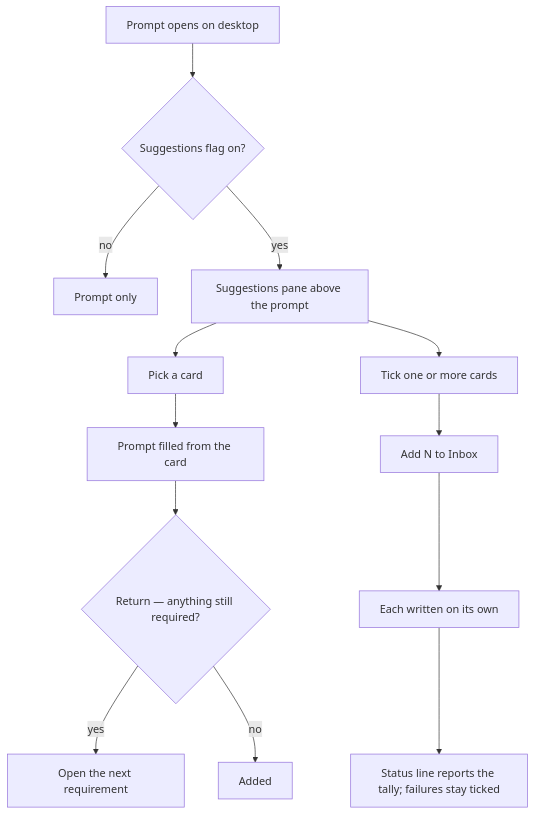
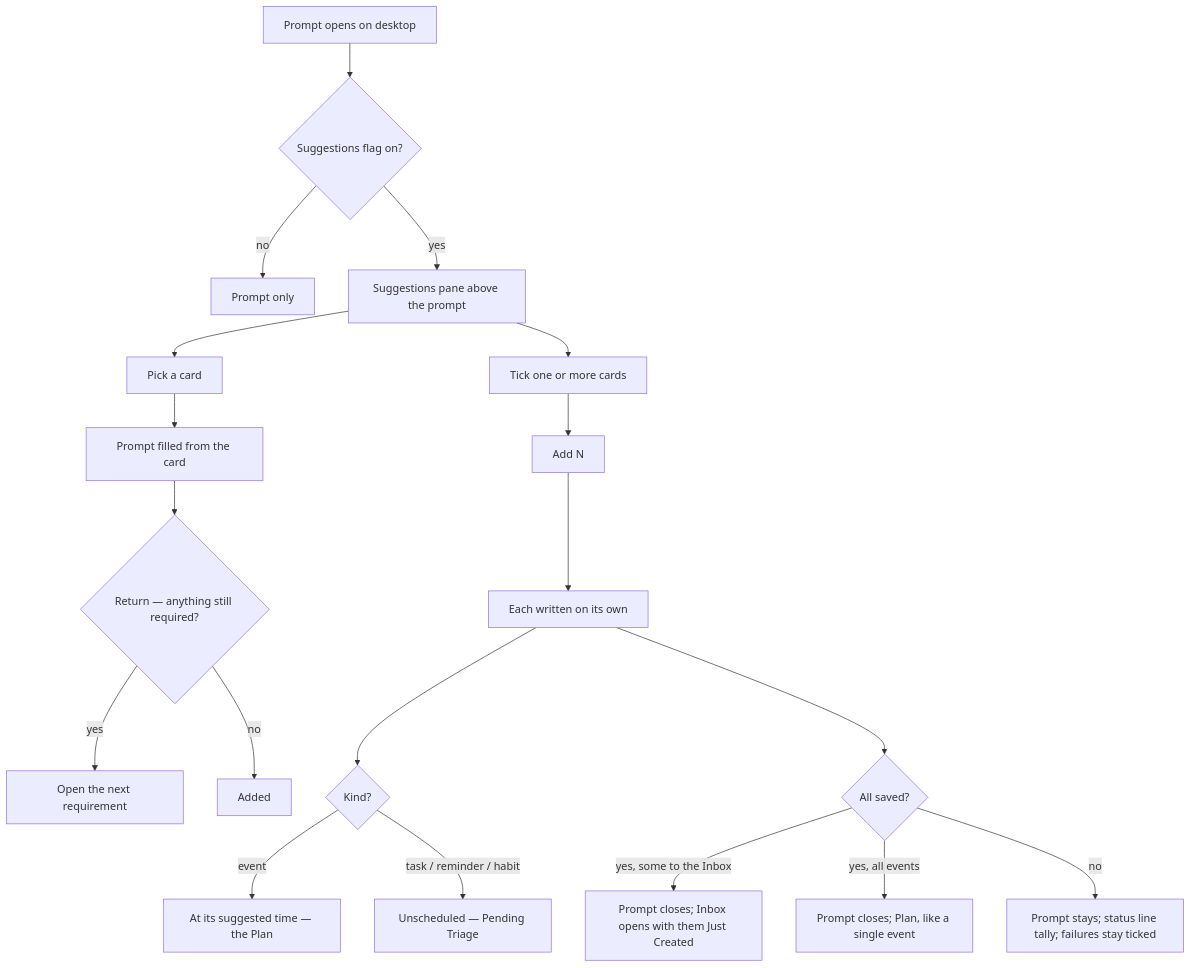
The second of 4 diagrams in docs/Features/Inbox.md (zheref/kro-pwa), drawn with Mermaid before and after one commit. The commit also changed other lines of this file and 56 other files, not shown here.

First line of the commit message:
feat(capture): grid suggestion cards and move the prompt like the pane

````diff
--- a/docs/Features/Inbox.md
+++ b/docs/Features/Inbox.md
@@ -243,15 +255,21 @@
 ```mermaid
 flowchart TD
     open[Prompt opens on desktop] --> flag{Suggestions flag on?}
     flag -->|no| prompt[Prompt only]
     flag -->|yes| pane[Suggestions pane above the prompt]
     pane --> pick[Pick a card]
     pick --> filled[Prompt filled from the card]
     filled --> ret{Return — anything still required?}
     ret -->|yes| walk[Open the next requirement]
     ret -->|no| added[Added]
     pane --> tick[Tick one or more cards]
-    tick --> addN[Add N to Inbox]
+    tick --> addN[Add N]
     addN --> each[Each written on its own]
-    each --> tally[Status line reports the tally; failures stay ticked]
+    each --> where{Kind?}
+    where -->|event| plan[At its suggested time — the Plan]
+    where -->|task / reminder / habit| inbox[Unscheduled — Pending Triage]
+    each --> ok{All saved?}
+    ok -->|yes, some to the Inbox| toInbox[Prompt closes; Inbox opens with them Just Created]
+    ok -->|yes, all events| toPlan[Prompt closes; Plan, like a single event]
+    ok -->|no| tally[Prompt stays; status line tally; failures stay ticked]
 ```
````
